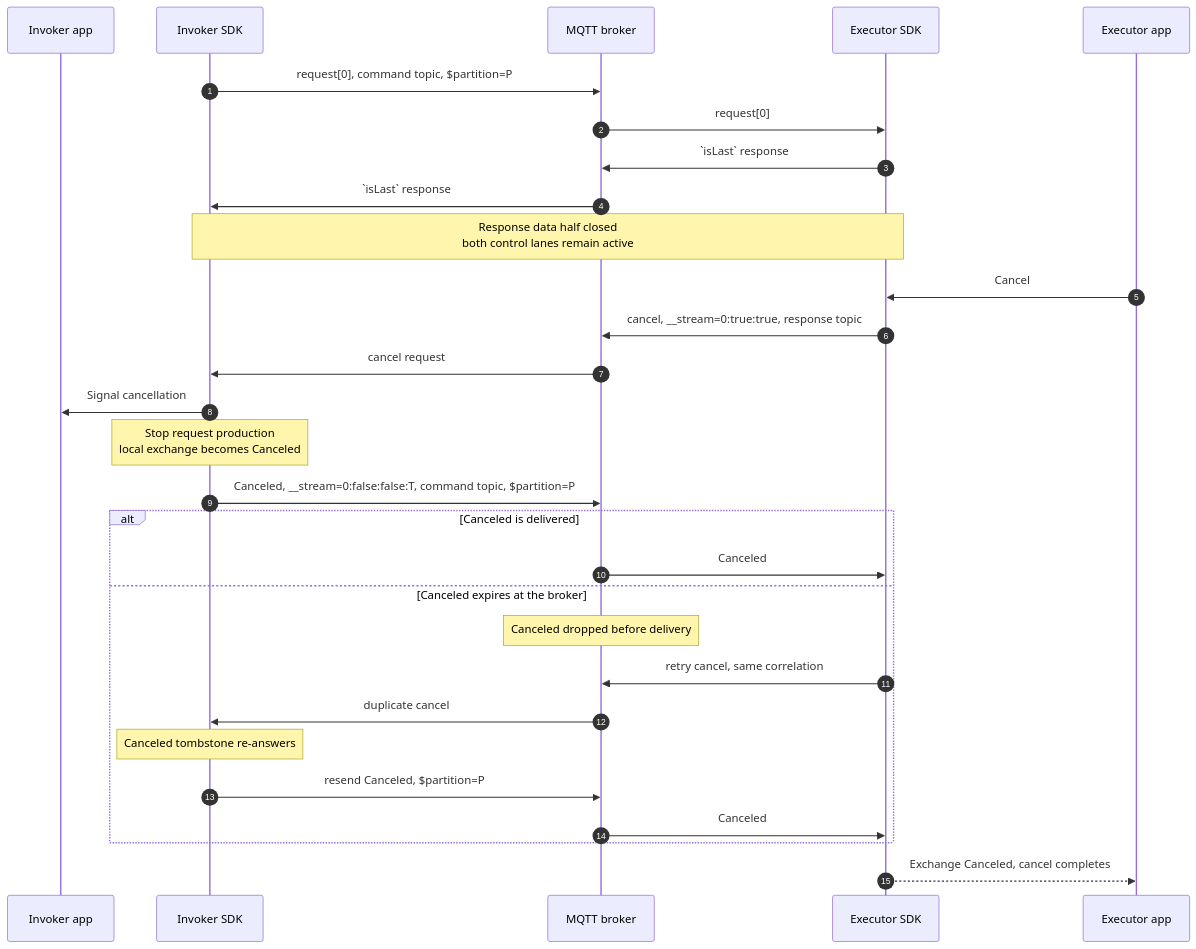
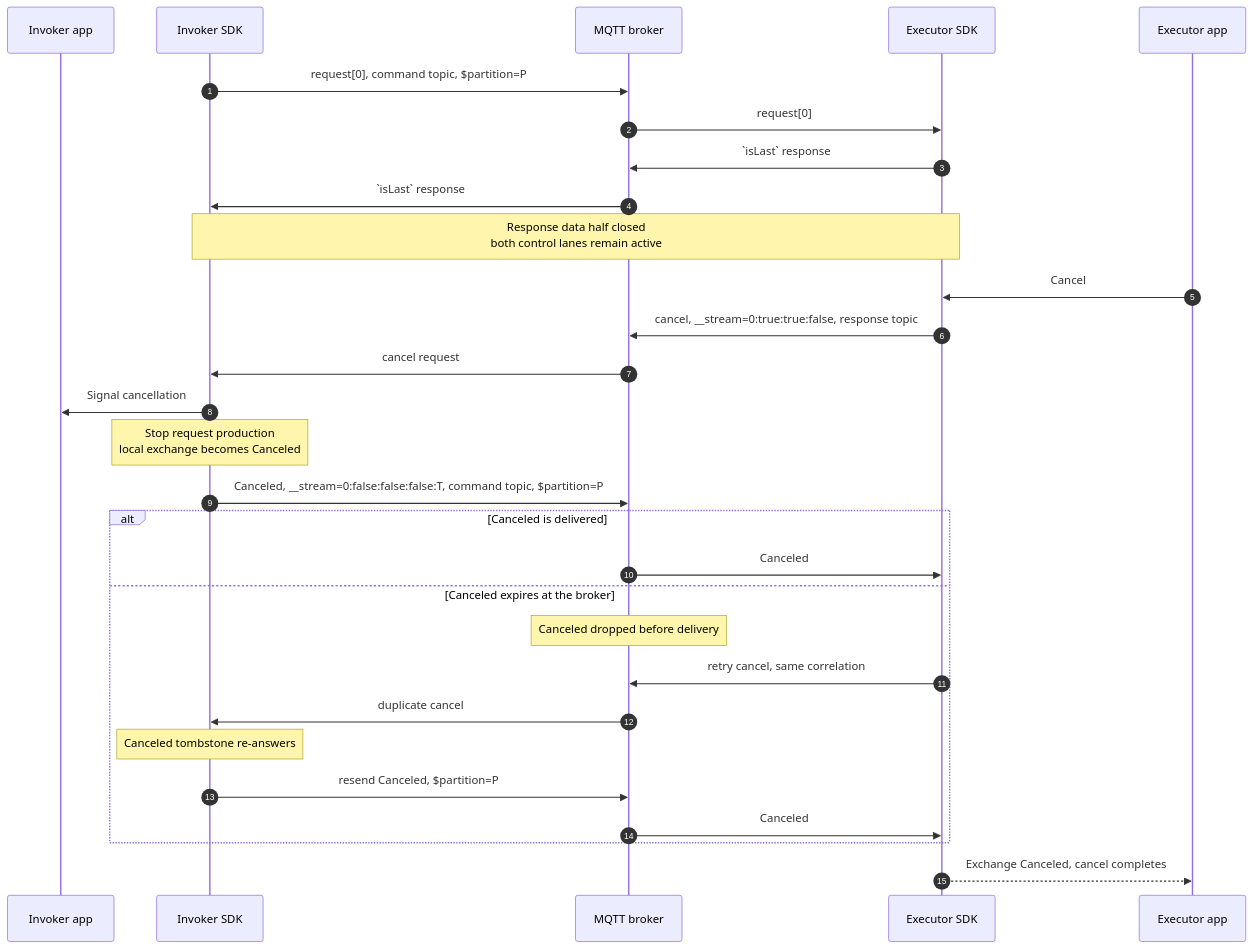
One commit to Azure/iot-operations-sdks changed the sixth of 9 diagrams in doc/dev/adr/0025-rpc-streaming-lifecycle-diagrams.md. Above: the diagram before and after it, drawn with Mermaid. The commit also changed other lines of this file and 1 other file, not shown here.

First line of the commit message:
ADR 25: clarify exchange routing and align lifecycle diagrams

````diff
--- a/doc/dev/adr/0025-rpc-streaming-lifecycle-diagrams.md
+++ b/doc/dev/adr/0025-rpc-streaming-lifecycle-diagrams.md
@@ -238,34 +225,34 @@
 ```mermaid
 sequenceDiagram
     autonumber
     participant IA as Invoker app
     participant IS as Invoker SDK
     participant B as MQTT broker
     participant ES as Executor SDK
     participant EA as Executor app
 
     IS->>B: request[0], command topic, $partition=P
     B->>ES: request[0]
     ES->>B: `isLast` response
     B->>IS: `isLast` response
     Note over IS,ES: Response data half closed<br/>both control lanes remain active
     EA->>ES: Cancel
-    ES->>B: cancel, __stream=0:true:true, response topic
+    ES->>B: cancel, __stream=0:true:true:false, response topic
     B->>IS: cancel request
     IS->>IA: Signal cancellation
     Note over IS: Stop request production<br/>local exchange becomes Canceled
-    IS->>B: Canceled, __stream=0:false:false:T, command topic, $partition=P
+    IS->>B: Canceled, __stream=0:false:false:false:T, command topic, $partition=P
 
     alt Canceled is delivered
         B->>ES: Canceled
     else Canceled expires at the broker
         Note over B: Canceled dropped before delivery
         ES->>B: retry cancel, same correlation
         B->>IS: duplicate cancel
         Note over IS: Canceled tombstone re-answers
         IS->>B: resend Canceled, $partition=P
         B->>ES: Canceled
     end
 
     ES-->>EA: Exchange Canceled, cancel completes
 ```
````
